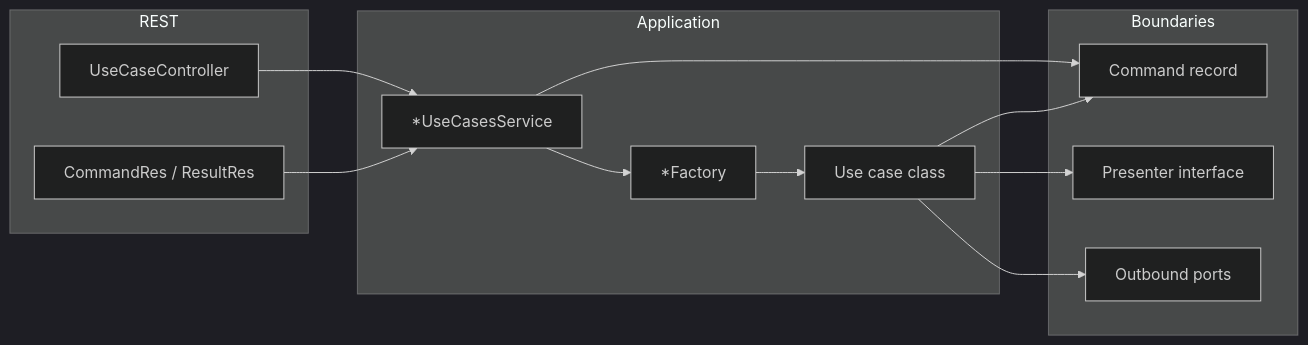
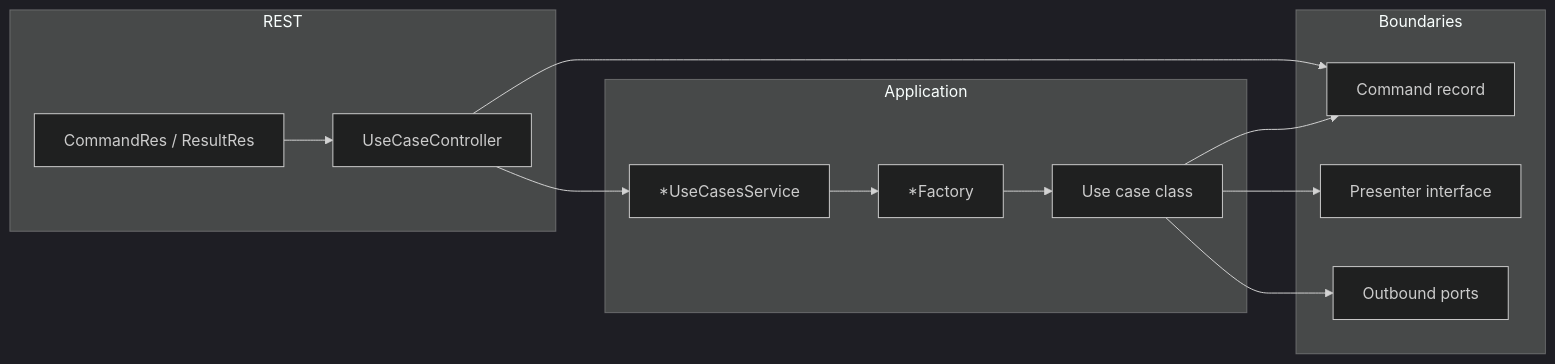
The diagram in spdd/norms/USE_CASE_IMPLEMENTATION.md (opendatamesh-initiative/odm-platform-adapter-observer-blindata), drawn with Mermaid (dark theme) before and after one commit. The commit also changed other lines of this file and 170 other files, not shown here.

````diff
--- a/spdd/norms/USE_CASE_IMPLEMENTATION.md
+++ b/spdd/norms/USE_CASE_IMPLEMENTATION.md
@@ -23,25 +24,25 @@
 ```mermaid
 flowchart LR
   subgraph rest [REST]
     C[UseCaseController]
     DTO[CommandRes / ResultRes]
   end
   subgraph app [Application]
     UCS[*UseCasesService]
     F[*Factory]
     UC[Use case class]
   end
   subgraph boundaries [Boundaries]
     Cmd[Command record]
     Pres[Presenter interface]
     P[Outbound ports]
   end
+  DTO --> C
+  C --> Cmd
   C --> UCS
-  DTO --> UCS
-  UCS --> Cmd
   UCS --> F
   F --> UC
   UC --> Cmd
   UC --> Pres
   UC --> P
 ```
````
